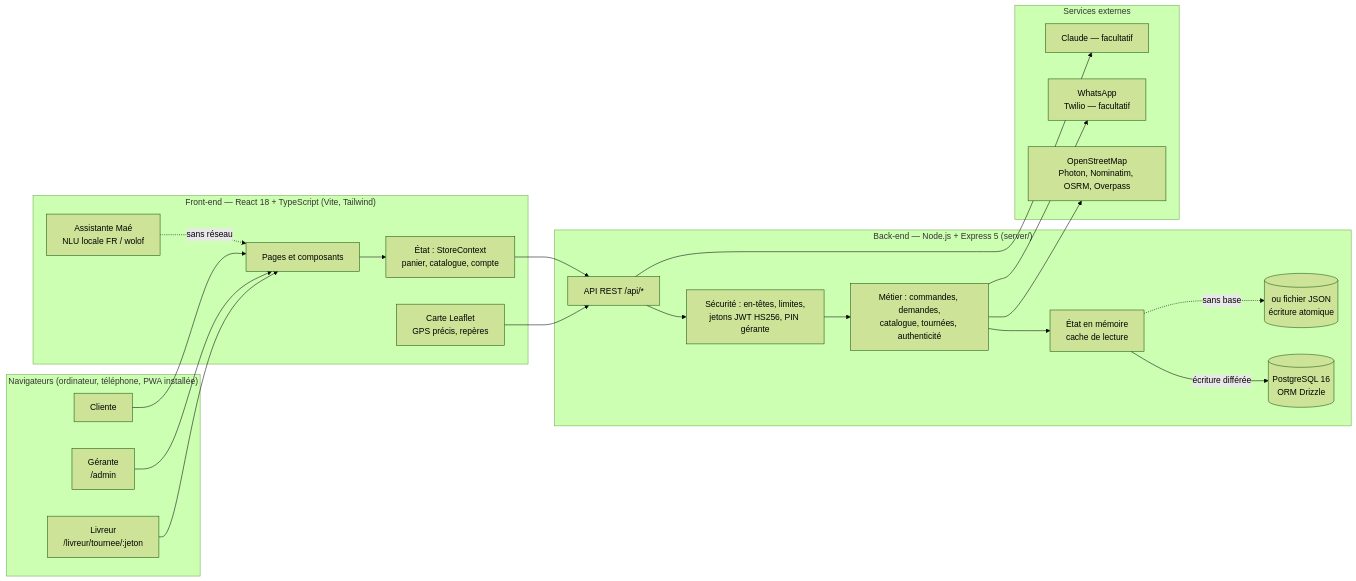
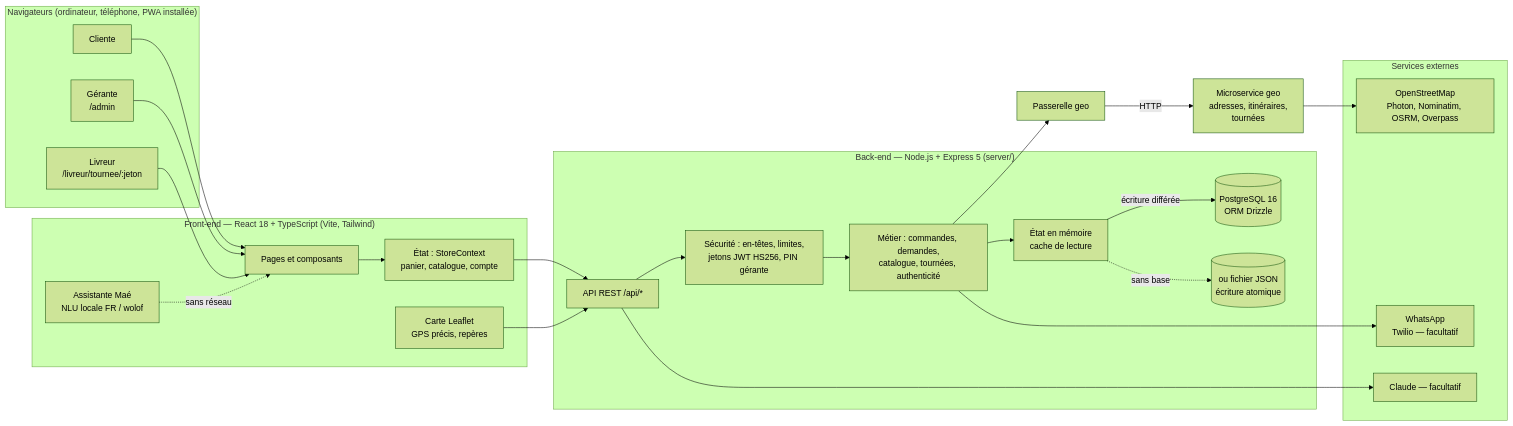
Before and after one commit to fatoumayorofall-dev/allo-beton: the first of 6 diagrams in maefa-store/docs/ARCHITECTURE.md, drawn with Mermaid (forest theme). The commit also changed other lines of this file and 10 other files, not shown here.

````diff
--- a/maefa-store/docs/ARCHITECTURE.md
+++ b/maefa-store/docs/ARCHITECTURE.md
@@ -15,37 +15,39 @@
 ```mermaid
 flowchart LR
   subgraph Clients["Navigateurs (ordinateur, téléphone, PWA installée)"]
     C[Cliente]
     G[Gérante<br/>/admin]
     L[Livreur<br/>/livreur/tournee/:jeton]
   end
   subgraph Front["Front-end — React 18 + TypeScript (Vite, Tailwind)"]
     UI[Pages et composants]
     CTX[État : StoreContext<br/>panier, catalogue, compte]
     MAE[Assistante Maé<br/>NLU locale FR / wolof]
     MAP[Carte Leaflet<br/>GPS précis, repères]
   end
   subgraph Back["Back-end — Node.js + Express 5 (server/)"]
     API[API REST /api/*]
     SEC[Sécurité : en-têtes, limites,<br/>jetons JWT HS256, PIN gérante]
     DOM[Métier : commandes, demandes,<br/>catalogue, tournées, authenticité]
     MEM[État en mémoire<br/>cache de lecture]
     STO[(PostgreSQL 16<br/>ORM Drizzle)]
     JS[(ou fichier JSON<br/>écriture atomique)]
   end
   subgraph Ext["Services externes"]
     OSM[OpenStreetMap<br/>Photon, Nominatim, OSRM, Overpass]
     WA[WhatsApp<br/>Twilio — facultatif]
     IA[Claude — facultatif]
   end
   C & G & L --> UI
   UI --> CTX --> API
   MAE -. sans réseau .-> UI
   MAP --> API
   API --> SEC --> DOM --> MEM
   MEM -- écriture différée --> STO
   MEM -. sans base .-> JS
-  DOM --> OSM
+  DOM --> GW[Passerelle geo]
+  GW -- HTTP --> GEOS[Microservice geo<br/>adresses, itinéraires,<br/>tournées]
+  GEOS --> OSM
   DOM --> WA
   API --> IA
 ```
````
